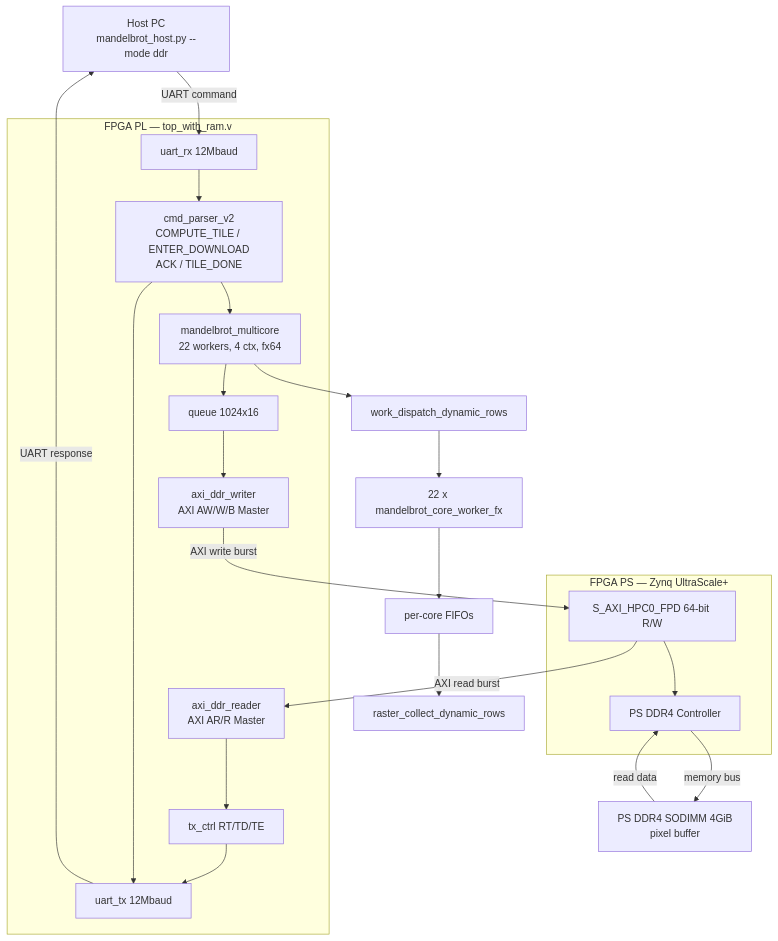
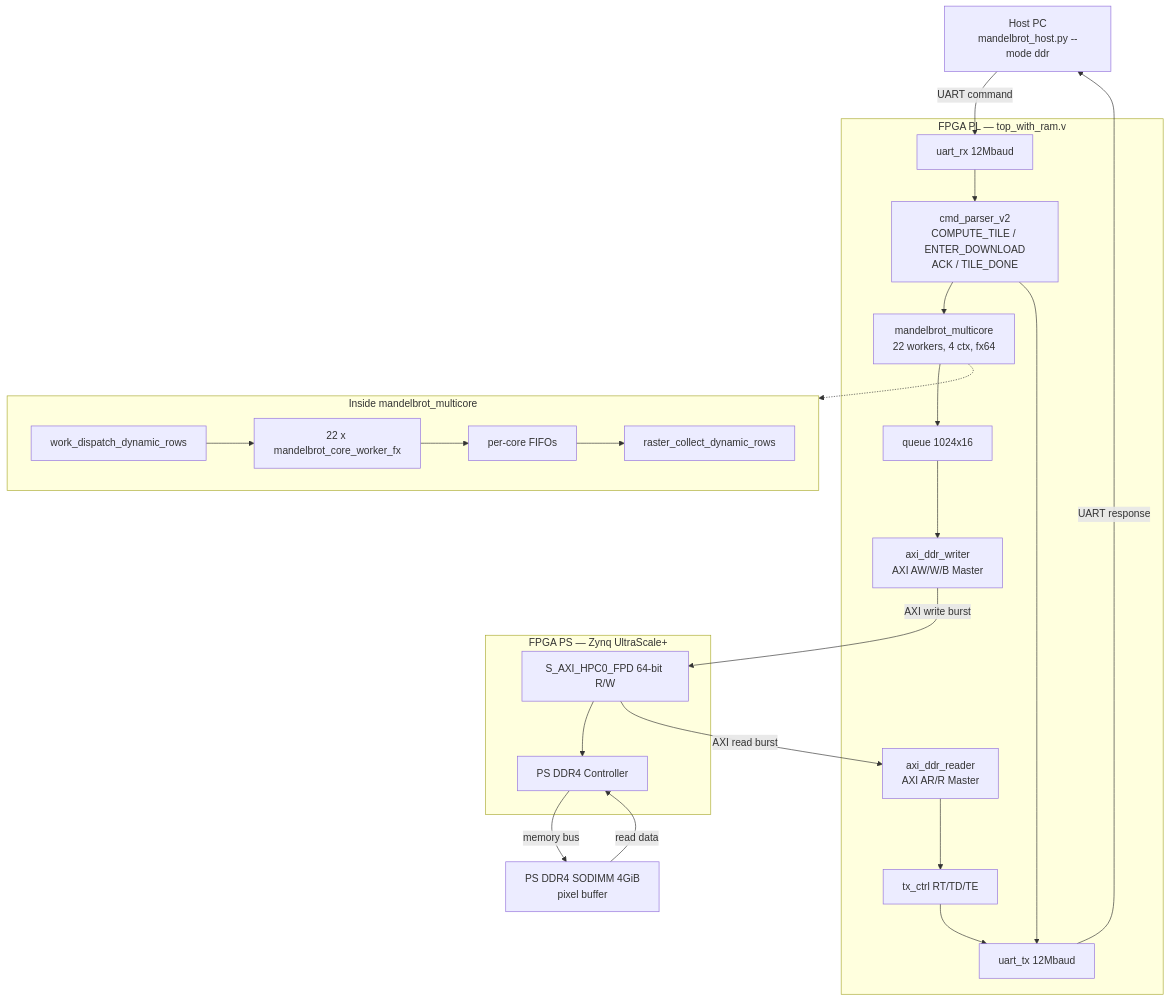
Before and after one commit to RESBI/FPGA-Mandelbrot-Demo: the second of 4 diagrams in README.md, drawn with Mermaid.

Commit message:
Wrap multicore internals in subgraph, use dashed edge from CORE
- DISP/WORKERS/CFIFO/MERGE now inside 'Inside mandelbrot_multicore' subgraph
- CORE -.-> MC dashed edge shows logical containment without data flow

````diff
--- a/README.md
+++ b/README.md
@@ -171,43 +171,50 @@
 ```mermaid
 flowchart TB
     CLI["Host PC<br/>mandelbrot_host.py --mode ddr"]
 
     subgraph PL["FPGA PL — top_with_ram.v"]
         URX["uart_rx 12Mbaud"]
         CMD["cmd_parser_v2<br/>COMPUTE_TILE / ENTER_DOWNLOAD<br/>ACK / TILE_DONE"]
         CORE["mandelbrot_multicore<br/>22 workers, 4 ctx, fx64"]
         FIFO["queue 1024x16"]
         AXIW["axi_ddr_writer<br/>AXI AW/W/B Master"]
         AXIR["axi_ddr_reader<br/>AXI AR/R Master"]
         TXC["tx_ctrl RT/TD/TE"]
         UTX["uart_tx 12Mbaud"]
 
         URX --> CMD
         CMD --> CORE
         CORE --> FIFO
         FIFO --> AXIW
         AXIR --> TXC
         TXC --> UTX
         CMD --> UTX
     end
 
-    CORE --> DISP["work_dispatch_dynamic_rows"]
-    DISP --> WORKERS["22 x mandelbrot_core_worker_fx"]
-    WORKERS --> CFIFO["per-core FIFOs"]
-    CFIFO --> MERGE["raster_collect_dynamic_rows"]
+    subgraph MC["Inside mandelbrot_multicore"]
+        DISP["work_dispatch_dynamic_rows"]
+        WORKERS["22 x mandelbrot_core_worker_fx"]
+        CFIFO["per-core FIFOs"]
+        MERGE["raster_collect_dynamic_rows"]
+        DISP --> WORKERS
+        WORKERS --> CFIFO
+        CFIFO --> MERGE
+    end
+
+    CORE -.-> MC
 
     subgraph PS["FPGA PS — Zynq UltraScale+"]
         HPC0["S_AXI_HPC0_FPD 64-bit R/W"]
         DDRCTL["PS DDR4 Controller"]
         HPC0 --> DDRCTL
     end
 
     MEM["PS DDR4 SODIMM 4GiB<br/>pixel buffer"]
 
     CLI -->|UART command| URX
     UTX -->|UART response| CLI
     AXIW -->|AXI write burst| HPC0
     HPC0 -->|AXI read burst| AXIR
     DDRCTL -->|memory bus| MEM
     MEM -->|read data| DDRCTL
 ```
````
